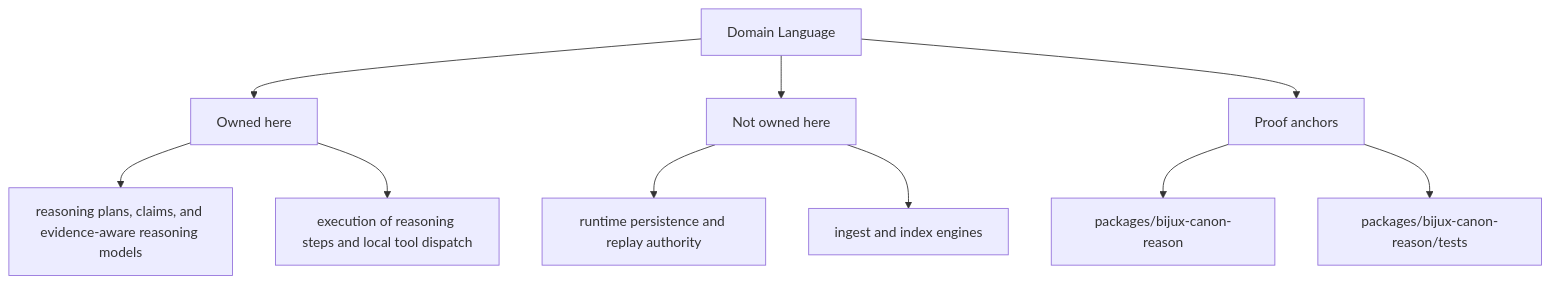
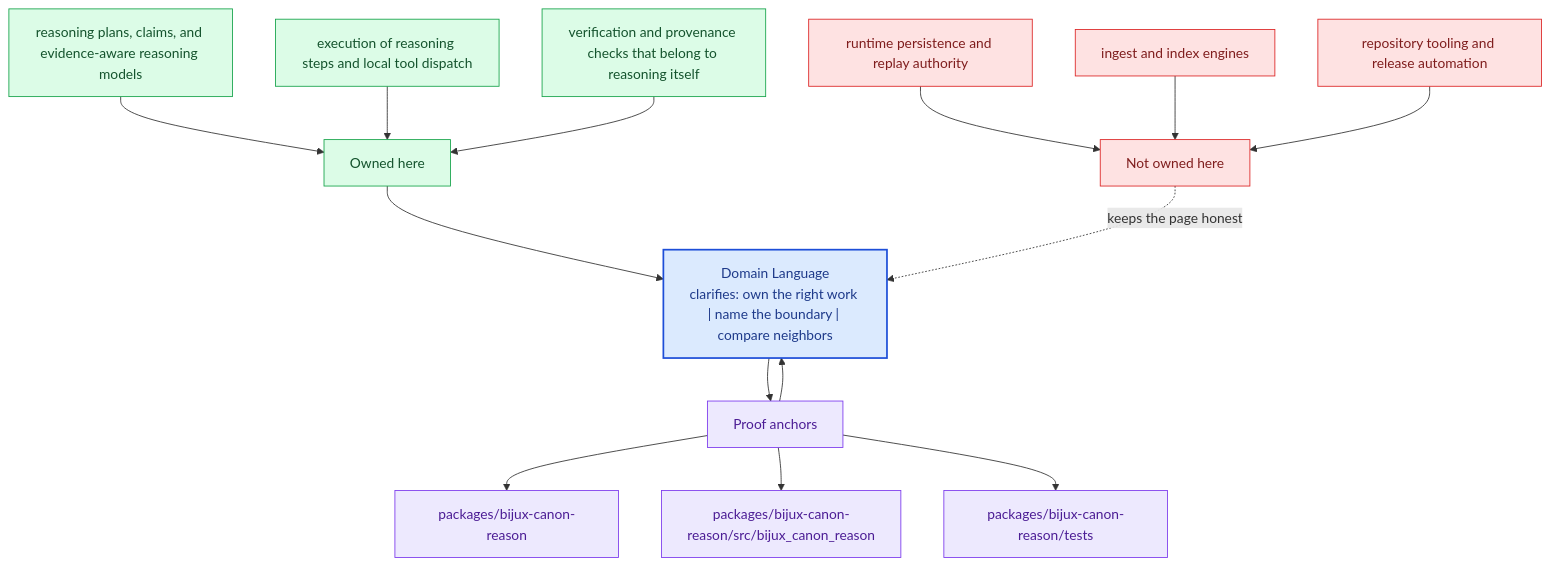
The second of 2 diagrams in docs/bijux-canon-reason/foundation/domain-language.md (bijux/bijux-canon), drawn with Mermaid before and after one commit. The commit also changed other lines of this file and 281 other files, not shown here.

Commit message:
docs(diagrams): deepen handbook mermaid maps across the catalog

````diff
--- a/docs/bijux-canon-reason/foundation/domain-language.md
+++ b/docs/bijux-canon-reason/foundation/domain-language.md
@@ -35,22 +68,40 @@
 ```mermaid
-flowchart TD
-    page["Domain Language"]
+flowchart TB
+    promise["Domain Language<br/>clarifies: own the right work | name the boundary | compare neighbors"]
+    classDef promise fill:#dbeafe,stroke:#1d4ed8,color:#1e3a8a,stroke-width:2px;
+    classDef driver fill:#dcfce7,stroke:#16a34a,color:#14532d;
+    classDef constraint fill:#fee2e2,stroke:#dc2626,color:#7f1d1d;
+    classDef ground fill:#ede9fe,stroke:#7c3aed,color:#4c1d95;
     focus1["Owned here"]
-    page --> focus1
+    focus1 --> promise
     focus1_1["reasoning plans, claims, and evidence-aware reasoning models"]
-    focus1 --> focus1_1
+    focus1_1 --> focus1
     focus1_2["execution of reasoning steps and local tool dispatch"]
-    focus1 --> focus1_2
+    focus1_2 --> focus1
+    focus1_3["verification and provenance checks that belong to reasoning itself"]
+    focus1_3 --> focus1
+    class focus1 driver;
+    class focus1_1,focus1_2,focus1_3 driver;
     focus2["Not owned here"]
-    page --> focus2
+    focus2 -.keeps the page honest.-> promise
     focus2_1["runtime persistence and replay authority"]
-    focus2 --> focus2_1
+    focus2_1 --> focus2
     focus2_2["ingest and index engines"]
-    focus2 --> focus2_2
+    focus2_2 --> focus2
+    focus2_3["repository tooling and release automation"]
+    focus2_3 --> focus2
+    class focus2 constraint;
+    class focus2_1,focus2_2,focus2_3 constraint;
     focus3["Proof anchors"]
-    page --> focus3
+    focus3 --> promise
+    promise --> focus3
     focus3_1["packages/bijux-canon-reason"]
     focus3 --> focus3_1
-    focus3_2["packages/bijux-canon-reason/tests"]
+    focus3_2["packages/bijux-canon-reason/src/bijux_canon_reason"]
     focus3 --> focus3_2
+    focus3_3["packages/bijux-canon-reason/tests"]
+    focus3 --> focus3_3
+    class focus3 ground;
+    class focus3_1,focus3_2,focus3_3 ground;
+    class promise promise;
 ```
````
